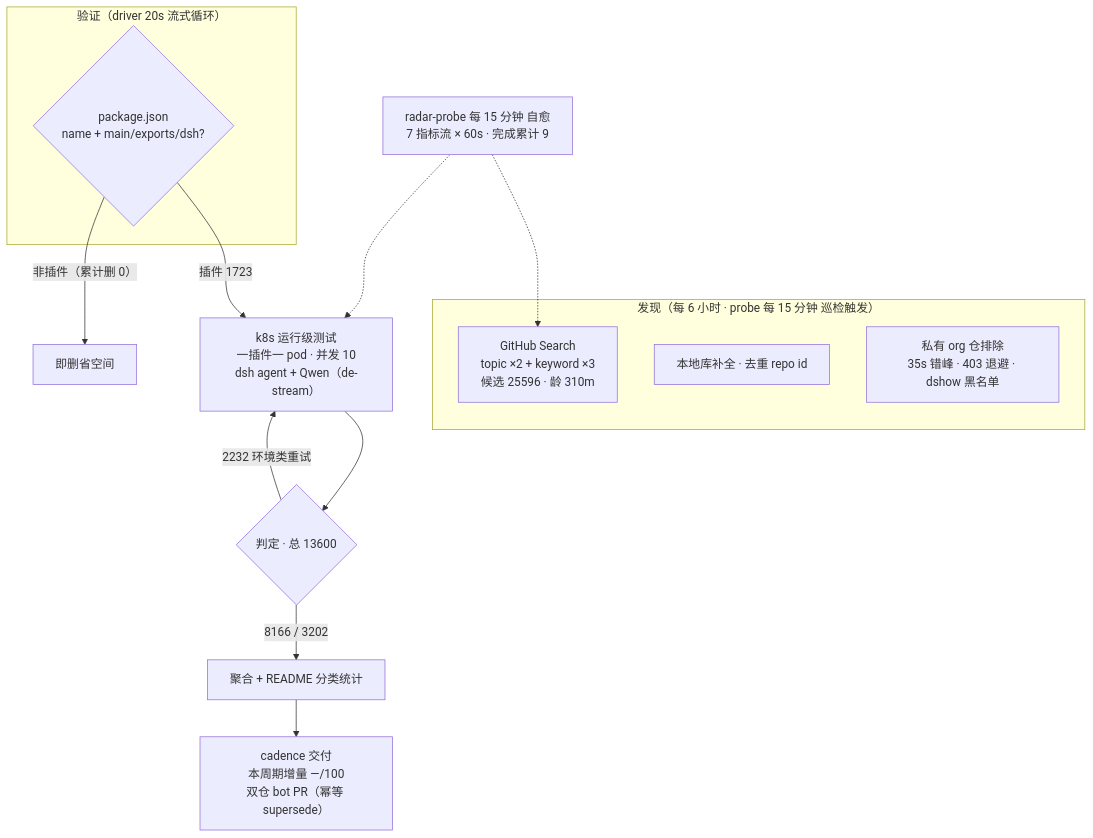
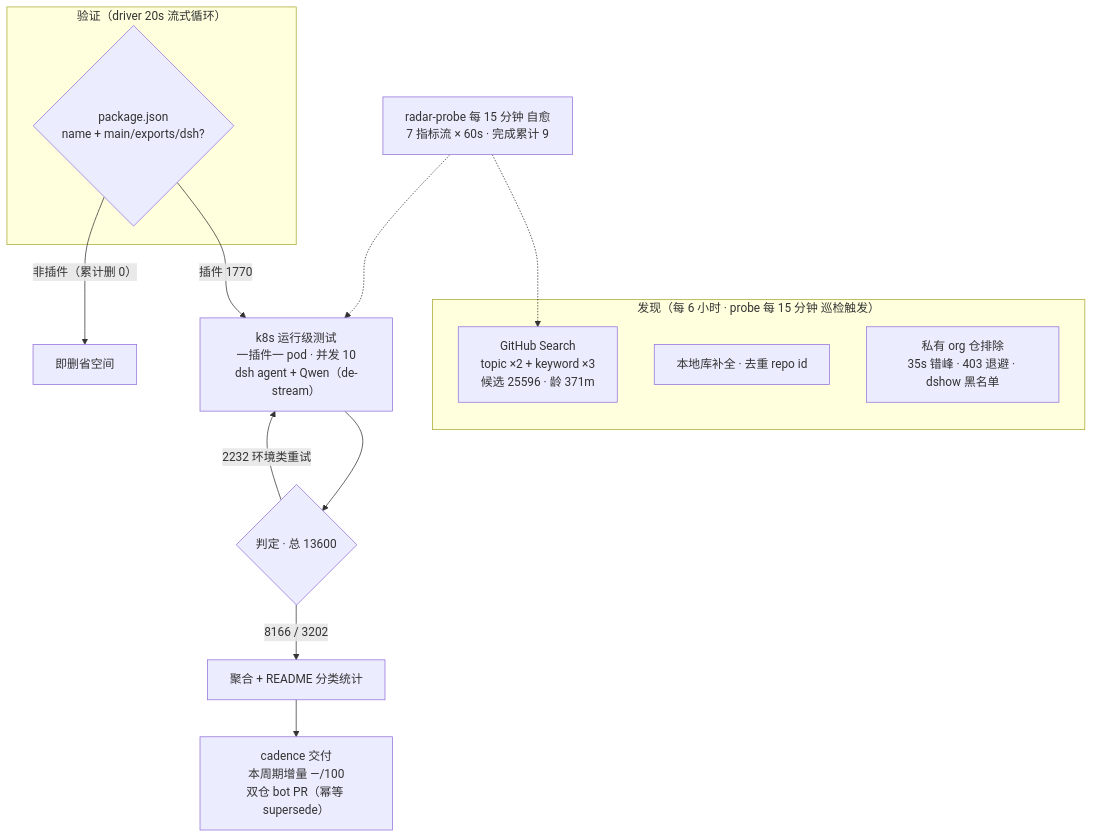
One commit to Zhidao-Lab-OSS/awesome-dsh-plugins changed the diagram in README.md. Above: the diagram before and after it, drawn with Mermaid. The commit also changed other lines of this file and 1 other file, not shown here.

````diff
--- a/README.md
+++ b/README.md
@@ -159,20 +159,20 @@
 ```mermaid
 flowchart TB
     subgraph Discovery["发现（每 6 小时 · probe 每 15 分钟 巡检触发）"]
-        A1["GitHub Search<br/>topic ×2 + keyword ×3<br/>候选 25596 · 龄 310m"]
+        A1["GitHub Search<br/>topic ×2 + keyword ×3<br/>候选 25596 · 龄 371m"]
         A2["本地库补全 · 去重 repo id"]
         A3["私有 org 仓排除<br/>35s 错峰 · 403 退避 · dshow 黑名单"]
     end
     subgraph Validation["验证（driver 20s 流式循环）"]
         B1{"package.json<br/>name + main/exports/dsh?"}
     end
-    B1 -->|"插件 1723"| C1["k8s 运行级测试<br/>一插件一 pod · 并发 10<br/>dsh agent + Qwen（de-stream）"]
+    B1 -->|"插件 1770"| C1["k8s 运行级测试<br/>一插件一 pod · 并发 10<br/>dsh agent + Qwen（de-stream）"]
     B1 -->|"非插件（累计删 0）"| B3["即删省空间"]
     C1 --> D1{"判定 · 总 13600"}
     D1 -->|"8166 / 3202"| E1["聚合 + README 分类统计"]
     D1 -->|"2232 环境类重试"| C1
     E1 --> E2["cadence 交付<br/>本周期增量 —/100<br/>双仓 bot PR（幂等 supersede）"]
     M["radar-probe 每 15 分钟 自愈<br/>7 指标流 × 60s · 完成累计 9"]
     M -.-> A1
     M -.-> C1
 ```
````
